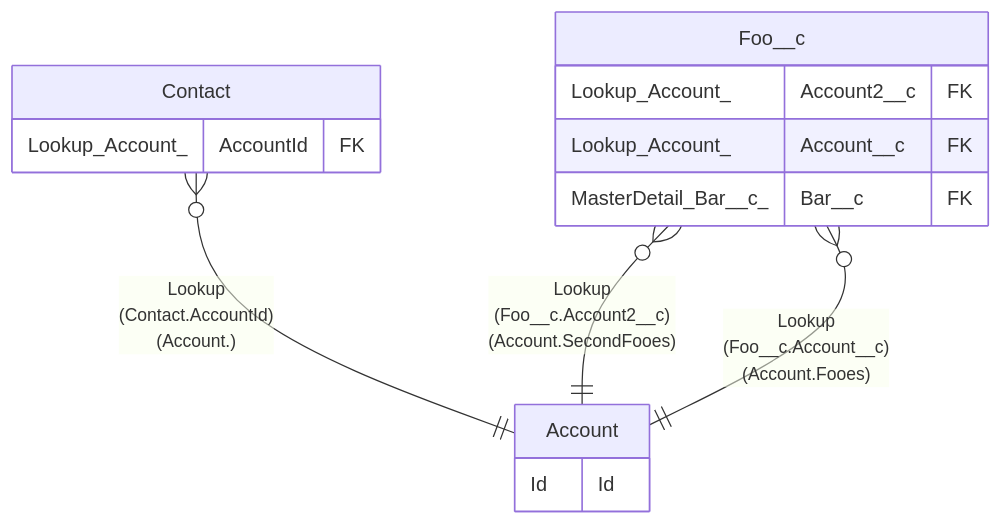
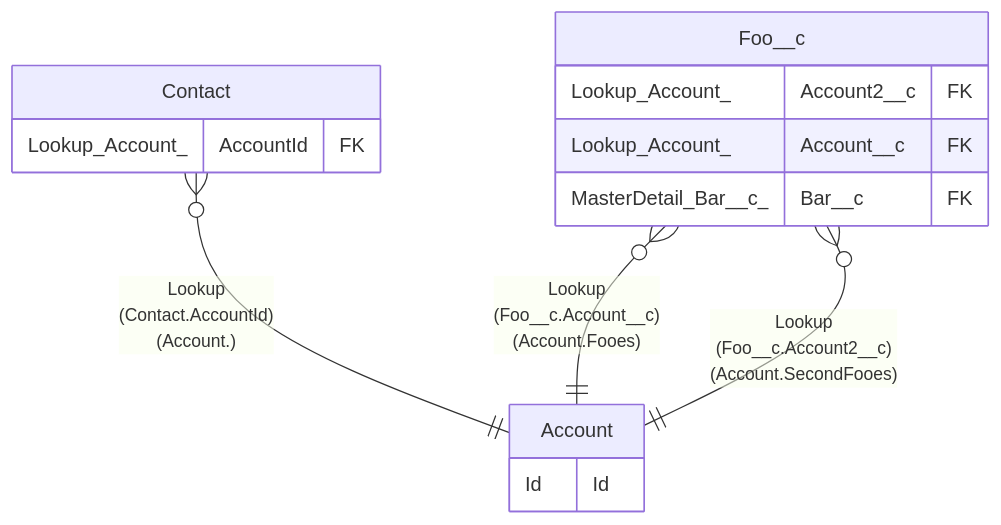
One commit to shellyln/tbls-driver-sf-cli-meta changed the diagram in sample/Account.md. Above: the diagram before and after it, drawn with Mermaid. The commit also changed other lines of this file and 5 other files, not shown here.

````diff
--- a/sample/Account.md
+++ b/sample/Account.md
@@ -72,25 +72,25 @@
 ```mermaid
 erDiagram
 
 "Contact" }o--|| "Account" : "Lookup
 (Contact.AccountId)
 (Account.)"
 "Foo__c" }o--|| "Account" : "Lookup
+(Foo__c.Account__c)
+(Account.Fooes)"
+"Foo__c" }o--|| "Account" : "Lookup
 (Foo__c.Account2__c)
 (Account.SecondFooes)"
-"Foo__c" }o--|| "Account" : "Lookup
-(Foo__c.Account__c)
-(Account.Fooes)"
 
 "Account" {
   Id Id
 }
 "Contact" {
   Lookup_Account_ AccountId FK
 }
 "Foo__c" {
   Lookup_Account_ Account2__c FK
   Lookup_Account_ Account__c FK
   MasterDetail_Bar__c_ Bar__c FK
 }
 ```
````
